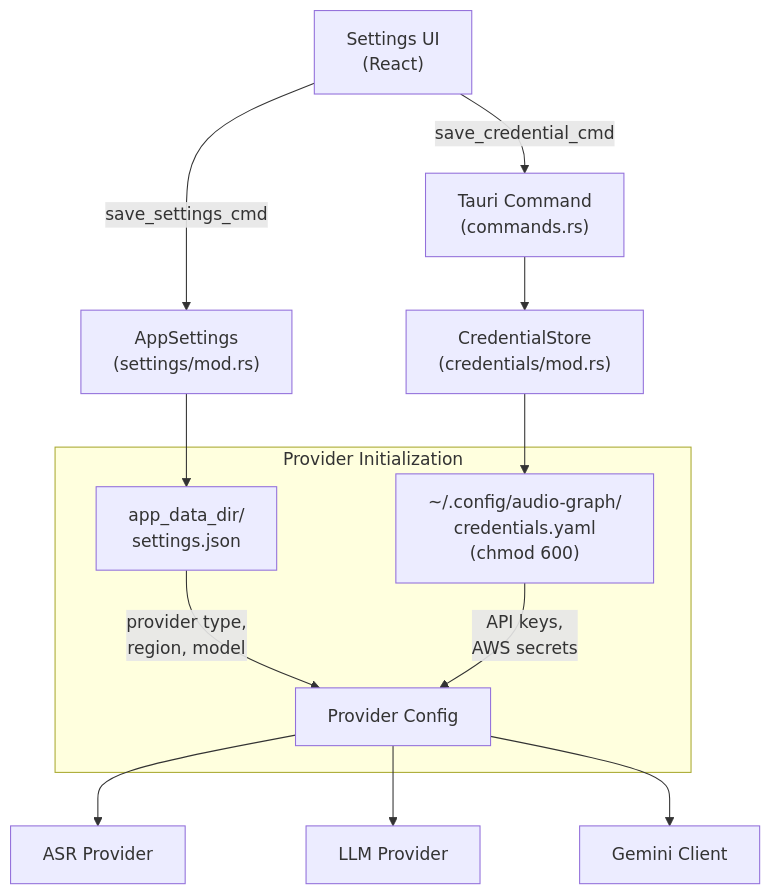
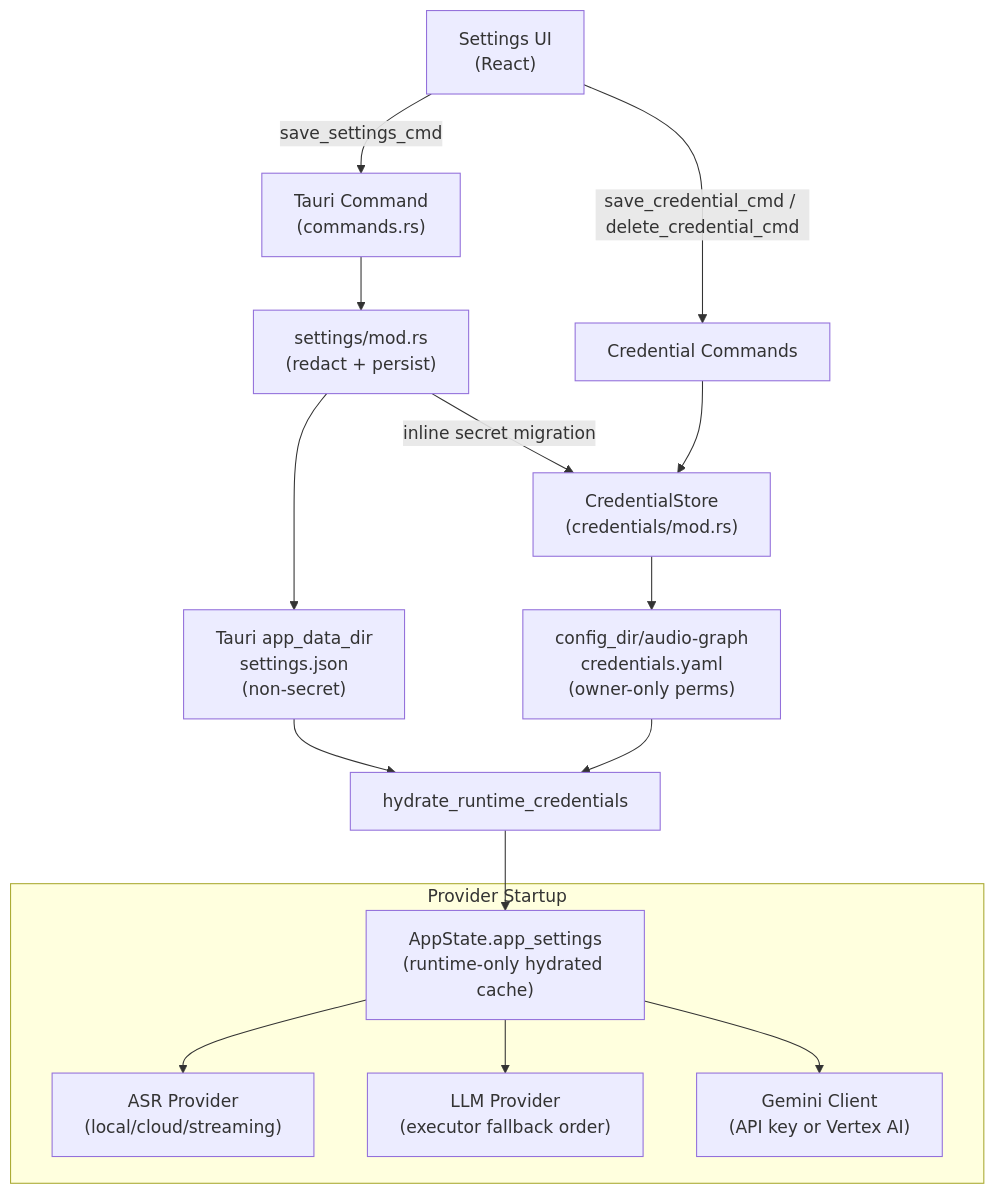
Before and after one commit to Codeseys-Labs/audio-graph: the ninth of 10 diagrams in docs/ARCHITECTURE.md, drawn with Mermaid. The commit also changed other lines of this file and 17 other files, not shown here.

````diff
--- a/docs/ARCHITECTURE.md
+++ b/docs/ARCHITECTURE.md
@@ -476,18 +708,21 @@
 ```mermaid
 flowchart TD
-    UI["Settings UI<br/>(React)"] -->|"save_credential_cmd"| CMD["Tauri Command<br/>(commands.rs)"]
-    CMD --> CRED["CredentialStore<br/>(credentials/mod.rs)"]
-    CRED --> YAML["~/.config/audio-graph/<br/>credentials.yaml<br/>(chmod 600)"]
+    UI["Settings UI<br/>(React)"] -->|"save_settings_cmd"| CMD["Tauri Command<br/>(commands.rs)"]
+    UI -->|"save_credential_cmd / delete_credential_cmd"| CREDCMD["Credential Commands"]
 
-    UI -->|"save_settings_cmd"| SETTINGS["AppSettings<br/>(settings/mod.rs)"]
-    SETTINGS --> JSON["app_data_dir/<br/>settings.json"]
+    CMD --> SETTINGS["settings/mod.rs<br/>(redact + persist)"]
+    SETTINGS --> JSON["Tauri app_data_dir<br/>settings.json<br/>(non-secret)"]
+    SETTINGS -->|"inline secret migration"| CRED["CredentialStore<br/>(credentials/mod.rs)"]
+    CREDCMD --> CRED
+    CRED --> YAML["config_dir/audio-graph<br/>credentials.yaml<br/>(owner-only perms)"]
 
-    subgraph LOAD["Provider Initialization"]
-        JSON -->|"provider type,<br/>region, model"| PROVIDER["Provider Config"]
-        YAML -->|"API keys,<br/>AWS secrets"| PROVIDER
+    JSON --> HYDRATE["hydrate_runtime_credentials"]
+    YAML --> HYDRATE
+    HYDRATE --> STATE["AppState.app_settings<br/>(runtime-only hydrated cache)"]
+
+    subgraph PROVIDERS["Provider Startup"]
+        STATE --> ASR_P["ASR Provider<br/>(local/cloud/streaming)"]
+        STATE --> LLM_P["LLM Provider<br/>(executor fallback order)"]
+        STATE --> GEM_P["Gemini Client<br/>(API key or Vertex AI)"]
     end
-
-    PROVIDER --> ASR_P["ASR Provider"]
-    PROVIDER --> LLM_P["LLM Provider"]
-    PROVIDER --> GEM_P["Gemini Client"]
 ```
````
